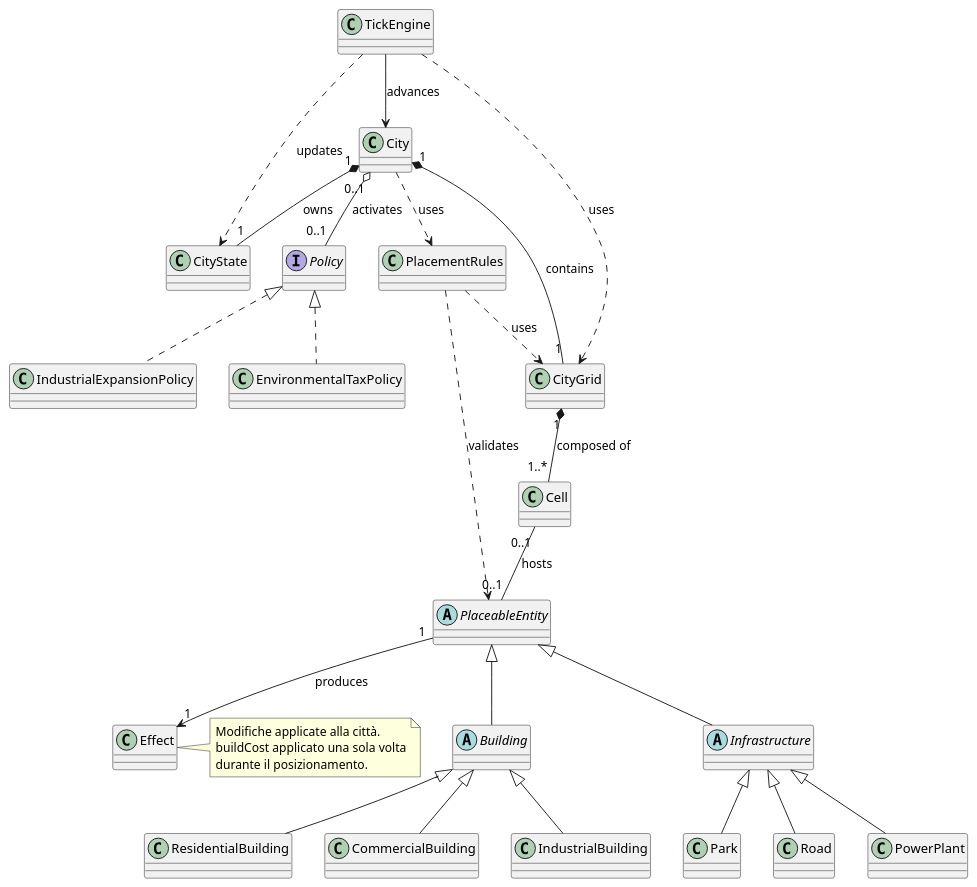
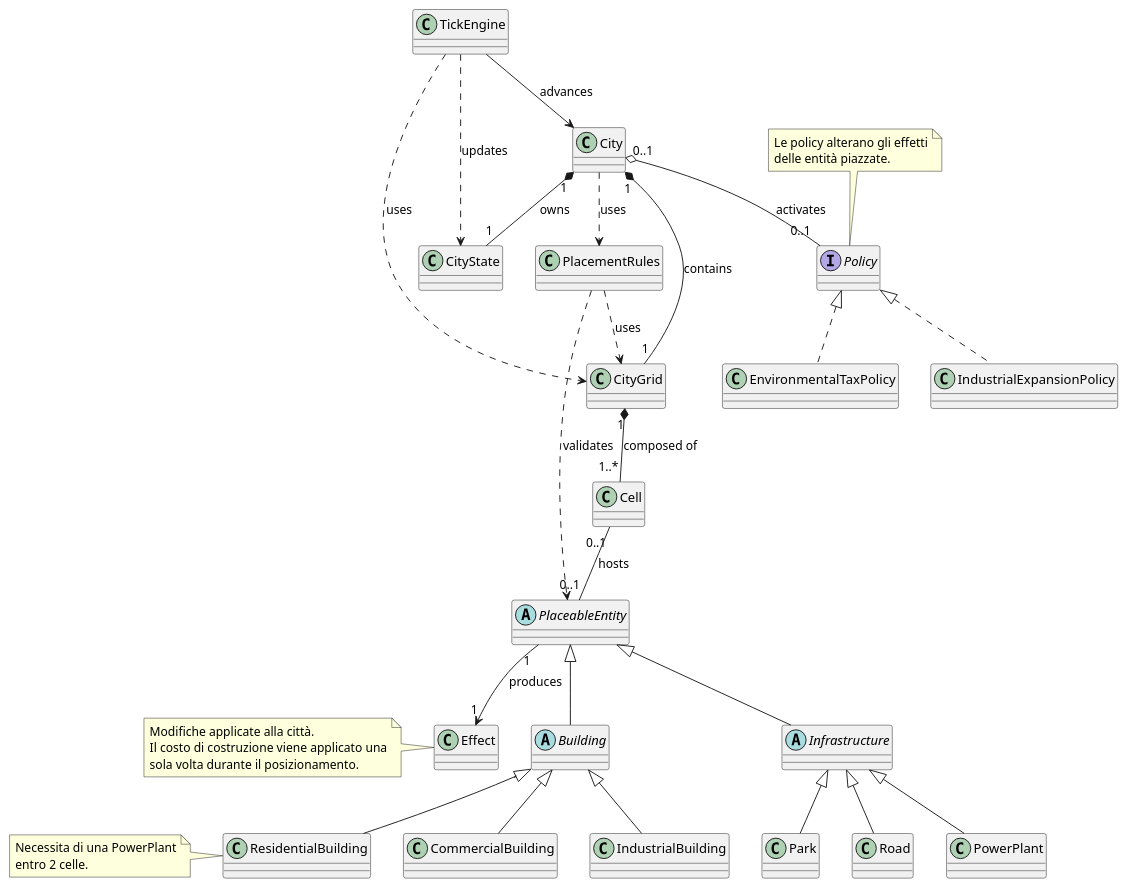
The diagram in documents/domain_class_model.md (Anna-code17/ssa_project), drawn with PlantUML before and after one commit.

````diff
--- a/documents/domain_class_model.md
+++ b/documents/domain_class_model.md
@@ -7,7 +7,7 @@
 @startuml
 
 ' ======================
-' Classes
+' Classi
 ' ======================
 
 class City 
@@ -30,9 +30,9 @@
 class PlacementRules   
 class TickEngine 
 
-' ======================
-' Structural Relations
-' ======================
+' =========================
+' Ereditarietà e Relazioni
+' =========================
 
 City "1" *-- "1" CityGrid : contains
 City "1" *-- "1" CityState : owns
@@ -42,10 +42,6 @@
 CityGrid "1" *-- "1..*" Cell : composed of
 Cell "0..1" -- "0..1" PlaceableEntity : hosts
 PlaceableEntity "1" --> "1" Effect : produces
-
-' ======================
-' Inheritance
-' ======================
 
 PlaceableEntity <|-- Building
 PlaceableEntity <|-- Infrastructure
@@ -70,11 +66,22 @@
 PlacementRules ..> PlaceableEntity : validates
 
 
-note right of Effect
+' =========================
+' Note
+' =========================
+note left of Effect
 Modifiche applicate alla città.
-buildCost applicato una sola volta
-durante il posizionamento.
+Il costo di costruzione viene applicato una
+sola volta durante il posizionamento.
 end note
 
-@enduml
+note top of Policy
+Le policy alterano gli effetti
+delle entità piazzate.
+end note
+
+note left of ResidentialBuilding
+  Necessita di una PowerPlant
+  entro 2 celle.
+end note
 ```
````
